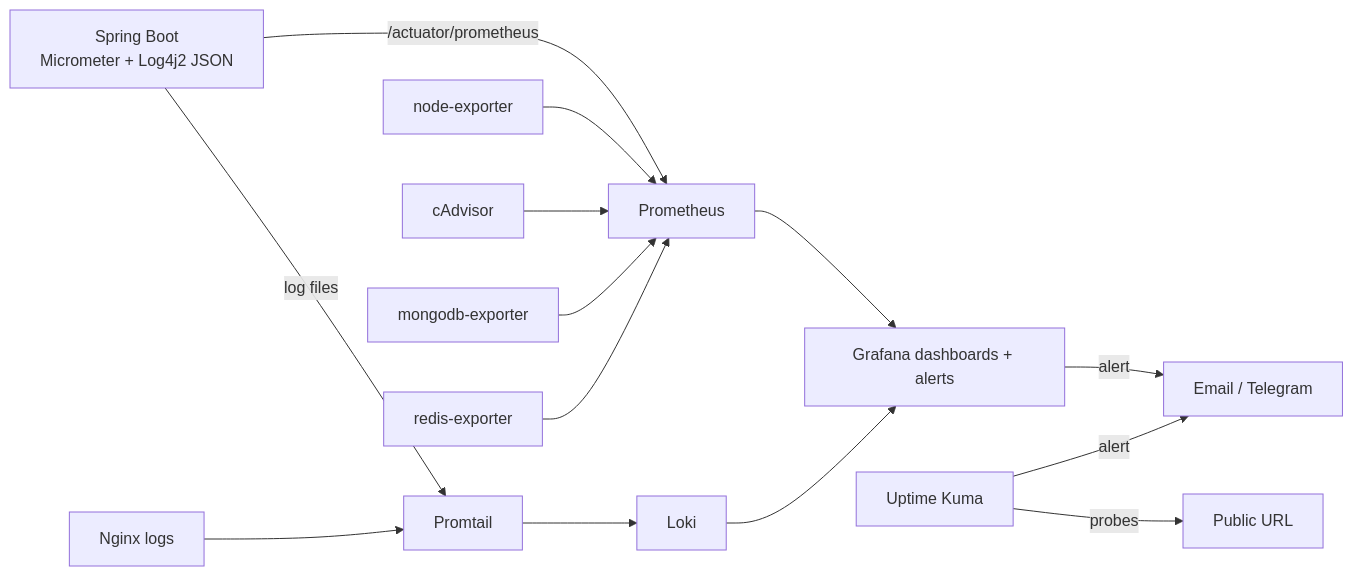
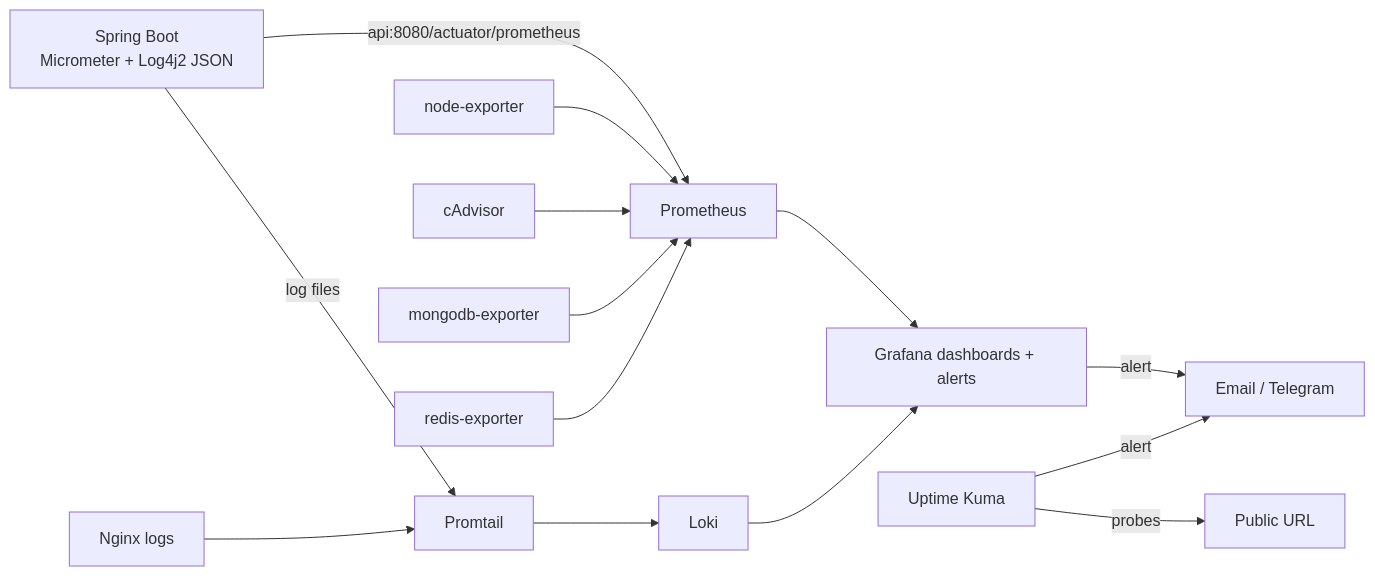
The third of 3 diagrams in docs/10-deployment.md (Iyed-M/olive-connect), drawn with Mermaid before and after one commit. The commit also changed other lines of this file and 52 other files, not shown here.

````diff
--- a/docs/10-deployment.md
+++ b/docs/10-deployment.md
@@ -294,15 +423,15 @@
 ```mermaid
 flowchart LR
-    API[Spring Boot<br/>Micrometer + Log4j2 JSON] -- /actuator/prometheus --> PROM[Prometheus]
+    API[Spring Boot<br/>Micrometer + Log4j2 JSON] -- api:8080/actuator/prometheus --> PROM[Prometheus]
     NE[node-exporter] --> PROM
     CA[cAdvisor] --> PROM
     ME[mongodb-exporter] --> PROM
     RE[redis-exporter] --> PROM
     API -- log files --> PT[Promtail] --> LOKI[Loki]
     NG[Nginx logs] --> PT
     PROM --> GRAF[Grafana dashboards + alerts]
     LOKI --> GRAF
     KUMA[Uptime Kuma] -- probes --> NG2[Public URL]
     GRAF -- alert --> MAIL[Email / Telegram]
     KUMA -- alert --> MAIL
 ```
````
